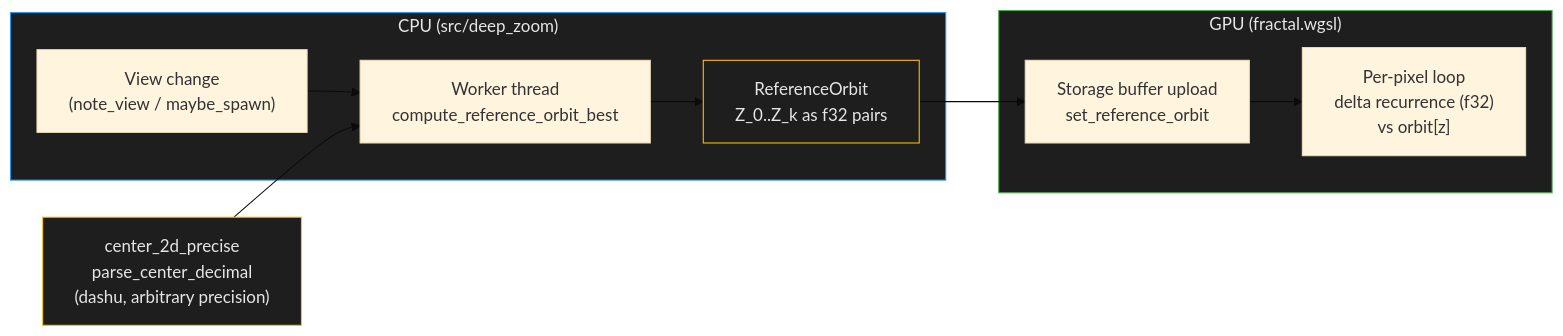
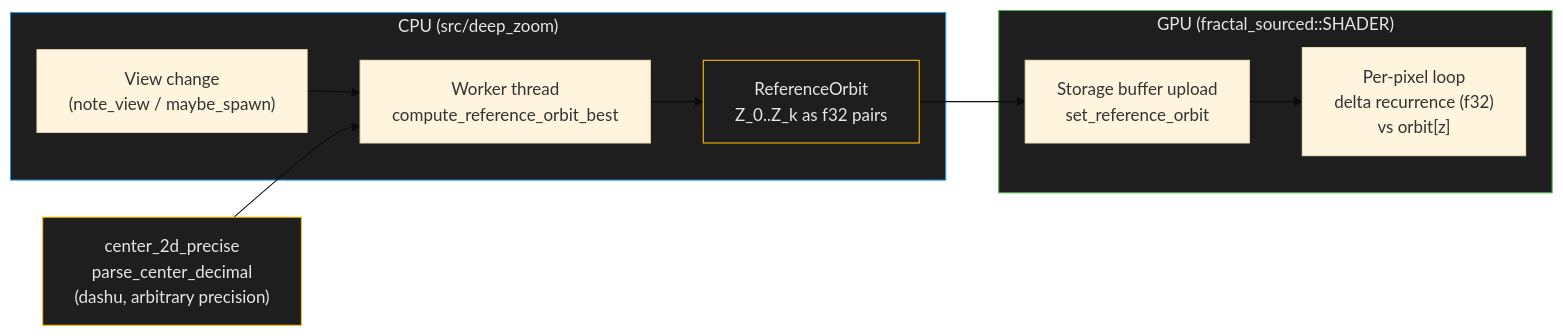
One commit to paulrobello/par-fractal changed the fourth of 4 diagrams in docs/ARCHITECTURE.md. Above: the diagram before and after it, drawn with Mermaid (base theme). The commit also changed other lines of this file and 61 other files, not shown here.

First line of the commit message:
refactor(shaders): ENH-001 split fractal.wgsl into per-domain WGSL fragments

````diff
--- a/docs/ARCHITECTURE.md
+++ b/docs/ARCHITECTURE.md
@@ -740,17 +745,17 @@
 ```mermaid
 flowchart LR
     subgraph CPU["CPU (src/deep_zoom)"]
         V["View change\n(note_view / maybe_spawn)"] --> W["Worker thread\ncompute_reference_orbit_best"]
         W --> O["ReferenceOrbit\nZ_0..Z_k as f32 pairs"]
     end
-    subgraph GPU["GPU (fractal.wgsl)"]
+    subgraph GPU["GPU (fractal_sourced::SHADER)"]
         O --> U["Storage buffer upload\nset_reference_orbit"]
         U --> P["Per-pixel loop\ndelta recurrence (f32)\nvs orbit[z]"]
     end
     DC["center_2d_precise\nparse_center_decimal\n(dashu, arbitrary precision)"] --> W
 
     style CPU fill:#1E1E1E,stroke:#2196F3,color:#E6E6E6
     style GPU fill:#1E1E1E,stroke:#4CAF50,color:#E6E6E6
     style O fill:#1E1E1E,stroke:#FFC107,color:#E6E6E6
     style DC fill:#1E1E1E,stroke:#FFC107,color:#E6E6E6
 ```
````
